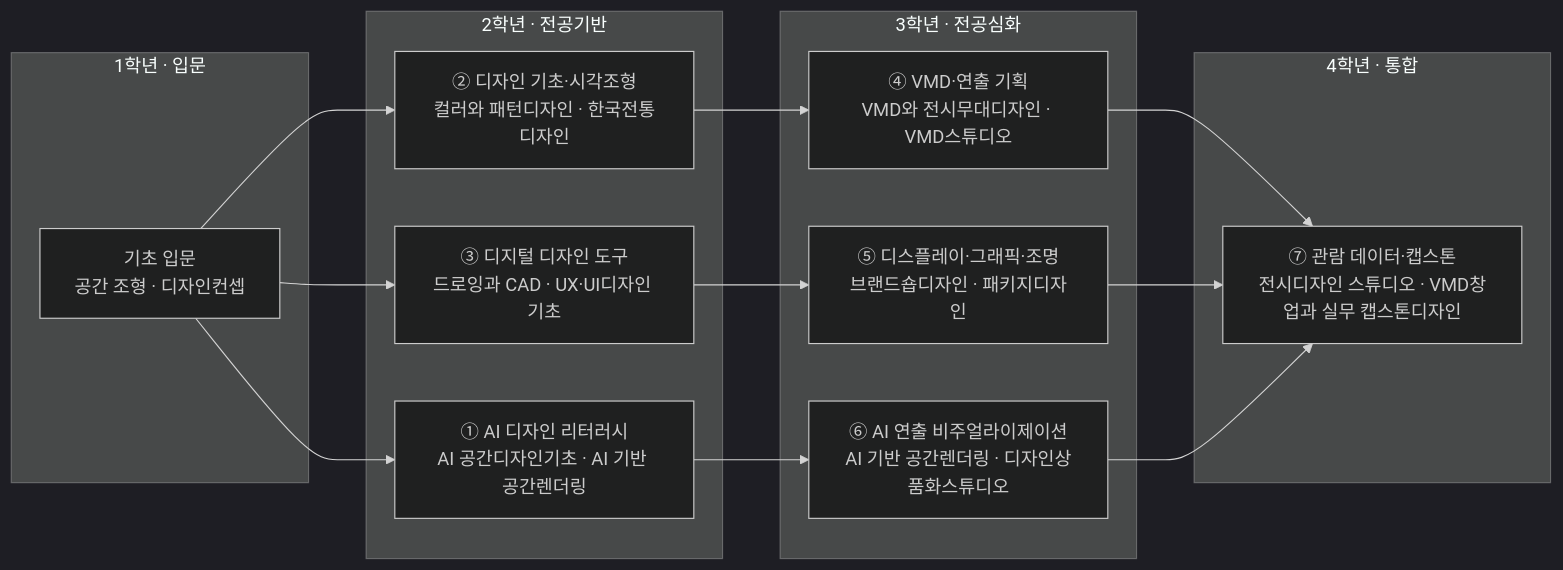
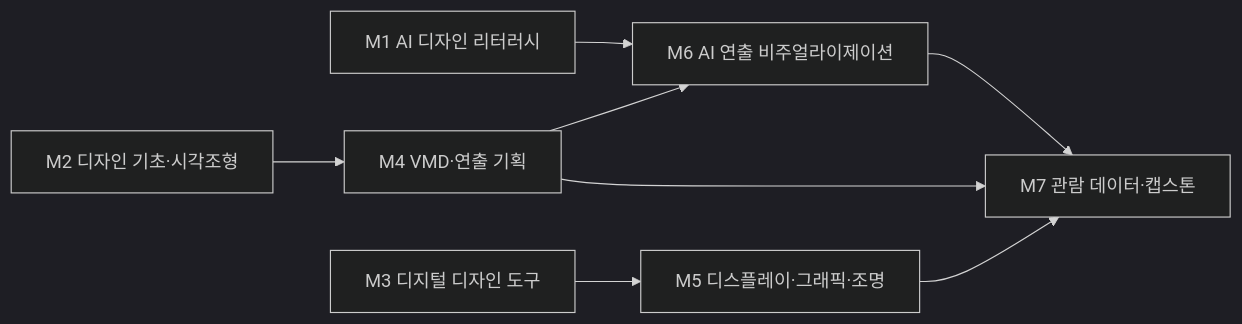
Before and after one commit to parclab-hsu/ai-curriculum-2026: the diagram in docs/design/vmd-exhibition.md, drawn with Mermaid (dark theme). The commit also changed other lines of this file and 22 other files, not shown here.

````diff
--- a/docs/design/vmd-exhibition.md
+++ b/docs/design/vmd-exhibition.md
@@ -116,28 +130,10 @@
 ```mermaid
 flowchart LR
-  subgraph Y1["1학년 · 입문"]
-    A0["기초 입문<br/>공간 조형 · 디자인컨셉"]
-  end
-  subgraph Y2["2학년 · 전공기반"]
-    M1["① AI 디자인 리터러시<br/>AI 공간디자인기초 · AI 기반 공간렌더링"]
-    M2["② 디자인 기초·시각조형<br/>컬러와 패턴디자인 · 한국전통디자인"]
-    M3["③ 디지털 디자인 도구<br/>드로잉과 CAD · UX·UI디자인 기초"]
-  end
-  subgraph Y3["3학년 · 전공심화"]
-    M4["④ VMD·연출 기획<br/>VMD와 전시무대디자인 · VMD스튜디오"]
-    M5["⑤ 디스플레이·그래픽·조명<br/>브랜드숍디자인 · 패키지디자인"]
-    M6["⑥ AI 연출 비주얼라이제이션<br/>AI 기반 공간렌더링 · 디자인상품화스튜디오"]
-  end
-  subgraph Y4["4학년 · 통합"]
-    CAP["⑦ 관람 데이터·캡스톤<br/>전시디자인 스튜디오 · VMD창업과 실무 캡스톤디자인"]
-  end
-  A0 --> M1
-  A0 --> M2
-  A0 --> M3
-  M2 --> M4
-  M3 --> M5
-  M1 --> M6
-  M4 --> CAP
+  M1["M1 AI 디자인 리터러시"] --> M6["M6 AI 연출 비주얼라이제이션"]
+  M2["M2 디자인 기초·시각조형"] --> M4["M4 VMD·연출 기획"]
+  M3["M3 디지털 디자인 도구"] --> M5["M5 디스플레이·그래픽·조명"]
+  M4 --> M6
+  M4 --> CAP["M7 관람 데이터·캡스톤"]
   M5 --> CAP
   M6 --> CAP
 ```
````
